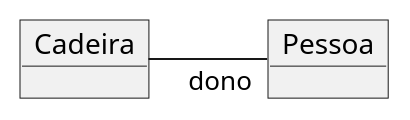
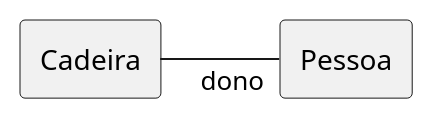
One commit to kyriosdata/oo changed the diagram in Imagens/modelos-03/mod03ima02/mod03ima02.plantuml. Above: the diagram before and after it, drawn with PlantUML. The commit also changed 15 other files, not shown here.

```diff
--- a/Imagens/modelos-03/mod03ima02/mod03ima02.plantuml
+++ b/Imagens/modelos-03/mod03ima02/mod03ima02.plantuml
@@ -1,6 +1,6 @@
 @startuml mod03ima02
-object "Cadeira" as ca
-object "Pessoa" as pe 
+rectangle "Cadeira" as ca
+rectangle "Pessoa" as pe 
 left to right direction
 ca -- "dono" pe
 @enduml
```
